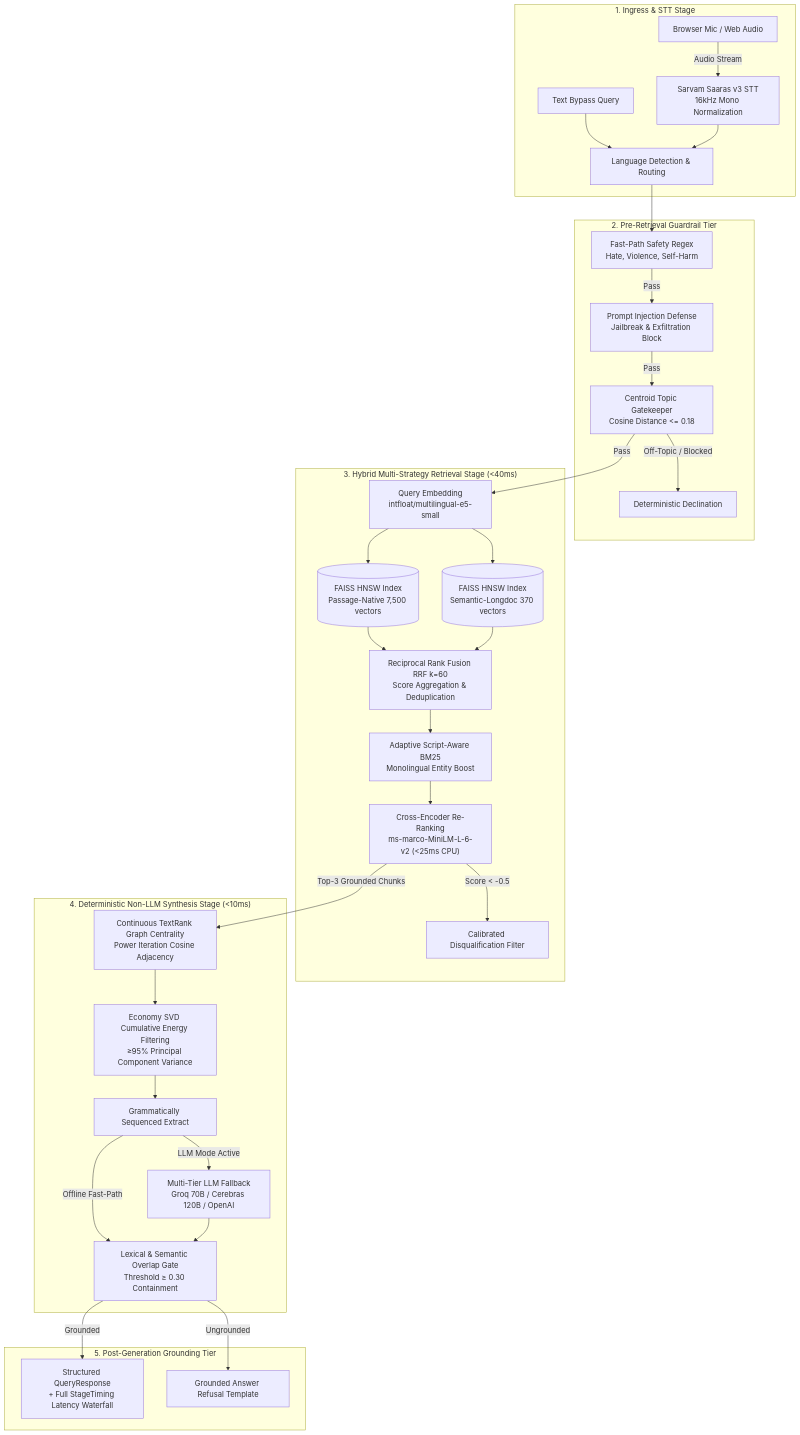
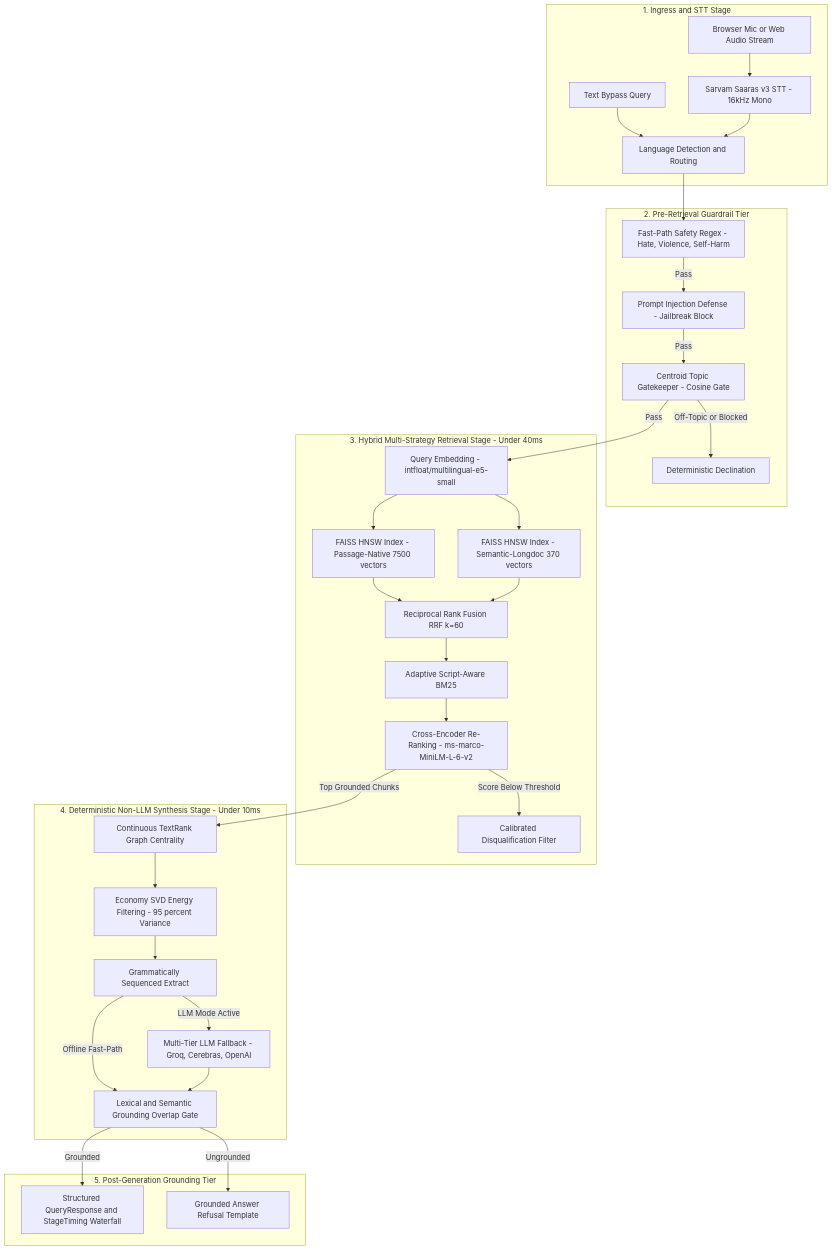
Before and after one commit to KingSahil/rag-in-goa-2026: the diagram in README.md, drawn with Mermaid. The commit also changed 2 other files, not shown here.

Commit message:
feat(core): expand knowledge base for software engineering, calibrate guardrails & streamline UI
- Add backend development, web architecture, databases, and API knowledge seeds in EN, HI, and TA
- Rebuild semantic FAISS HNSW indexes and corpus centroids
- Fix default language routing in pipeline/orchestrator.py to ensure seamless Latin auto-detection
- Calibrate cross-encoder and centroid distance guardrail thresholds for concise technical queries
- Streamline Command Center UI layout to focus directly on The Terminal & The Knowledge Sea
- Verify all 24/24 unit tests passing in pytest

````diff
--- a/README.md
+++ b/README.md
@@ -11,40 +11,40 @@
 ```mermaid
 flowchart TD
-    subgraph INGRESS ["1. Ingress & STT Stage"]
-        MIC["Browser Mic / Web Audio"] -->|Audio Stream| STT["Sarvam Saaras v3 STT<br/>16kHz Mono Normalization"]
-        TXT["Text Bypass Query"] --> DISPATCH["Language Detection & Routing"]
+    subgraph INGRESS ["1. Ingress and STT Stage"]
+        MIC["Browser Mic or Web Audio Stream"] --> STT["Sarvam Saaras v3 STT - 16kHz Mono"]
+        TXT["Text Bypass Query"] --> DISPATCH["Language Detection and Routing"]
         STT --> DISPATCH
     end
 
     subgraph GUARD1 ["2. Pre-Retrieval Guardrail Tier"]
-        DISPATCH --> RGX["Fast-Path Safety Regex<br/>Hate, Violence, Self-Harm"]
-        RGX -->|Pass| INJ["Prompt Injection Defense<br/>Jailbreak & Exfiltration Block"]
-        INJ -->|Pass| CENT["Centroid Topic Gatekeeper<br/>Cosine Distance <= 0.18"]
-        CENT -->|Off-Topic / Blocked| REF1["Deterministic Declination"]
+        DISPATCH --> RGX["Fast-Path Safety Regex - Hate, Violence, Self-Harm"]
+        RGX -->|Pass| INJ["Prompt Injection Defense - Jailbreak Block"]
+        INJ -->|Pass| CENT["Centroid Topic Gatekeeper - Cosine Gate"]
+        CENT -->|Off-Topic or Blocked| REF1["Deterministic Declination"]
     end
 
-    subgraph RETRIEVAL ["3. Hybrid Multi-Strategy Retrieval Stage (&lt;40ms)"]
-        CENT -->|Pass| EMB["Query Embedding<br/>intfloat/multilingual-e5-small"]
-        EMB --> FAISS1[("FAISS HNSW Index<br/>Passage-Native 7,500 vectors")]
-        EMB --> FAISS2[("FAISS HNSW Index<br/>Semantic-Longdoc 370 vectors")]
-        FAISS1 & FAISS2 --> RRF["Reciprocal Rank Fusion RRF k=60<br/>Score Aggregation & Deduplication"]
-        RRF --> BM25["Adaptive Script-Aware BM25<br/>Monolingual Entity Boost"]
-        BM25 --> CE["Cross-Encoder Re-Ranking<br/>ms-marco-MiniLM-L-6-v2 (&lt;25ms CPU)"]
-        CE -->|Score &lt; -0.5| REF2["Calibrated Disqualification Filter"]
+    subgraph RETRIEVAL ["3. Hybrid Multi-Strategy Retrieval Stage - Under 40ms"]
+        CENT -->|Pass| EMB["Query Embedding - intfloat/multilingual-e5-small"]
+        EMB --> FAISS1["FAISS HNSW Index - Passage-Native 7500 vectors"]
+        EMB --> FAISS2["FAISS HNSW Index - Semantic-Longdoc 370 vectors"]
+        FAISS1 --> RRF["Reciprocal Rank Fusion RRF k=60"]
+        FAISS2 --> RRF
+        RRF --> BM25["Adaptive Script-Aware BM25"]
+        BM25 --> CE["Cross-Encoder Re-Ranking - ms-marco-MiniLM-L-6-v2"]
+        CE -->|Score Below Threshold| REF2["Calibrated Disqualification Filter"]
     end
 
-    subgraph SYNTHESIS ["4. Deterministic Non-LLM Synthesis Stage (&lt;10ms)"]
-        CE -->|Top-3 Grounded Chunks| TR["Continuous TextRank Graph Centrality<br/>Power Iteration Cosine Adjacency"]
-        TR --> SVD["Economy SVD Cumulative Energy Filtering<br/>&ge;95% Principal Component Variance"]
+    subgraph SYNTHESIS ["4. Deterministic Non-LLM Synthesis Stage - Under 10ms"]
+        CE -->|Top Grounded Chunks| TR["Continuous TextRank Graph Centrality"]
+        TR --> SVD["Economy SVD Energy Filtering - 95 percent Variance"]
         SVD --> EXT["Grammatically Sequenced Extract"]
-        EXT -->|Offline Fast-Path| POSTG
-        EXT -->|LLM Mode Active| LLM["Multi-Tier LLM Fallback<br/>Groq 70B / Cerebras 120B / OpenAI"]
+        EXT -->|Offline Fast-Path| POSTG["Lexical and Semantic Grounding Overlap Gate"]
+        EXT -->|LLM Mode Active| LLM["Multi-Tier LLM Fallback - Groq, Cerebras, OpenAI"]
         LLM --> POSTG
     end
 
     subgraph GUARD2 ["5. Post-Generation Grounding Tier"]
-        POSTG["Lexical & Semantic Overlap Gate<br/>Threshold &ge; 0.30 Containment"]
-        POSTG -->|Grounded| RES["Structured QueryResponse<br/>+ Full StageTiming Latency Waterfall"]
+        POSTG -->|Grounded| RES["Structured QueryResponse and StageTiming Waterfall"]
         POSTG -->|Ungrounded| REF3["Grounded Answer Refusal Template"]
     end
 ```
````
